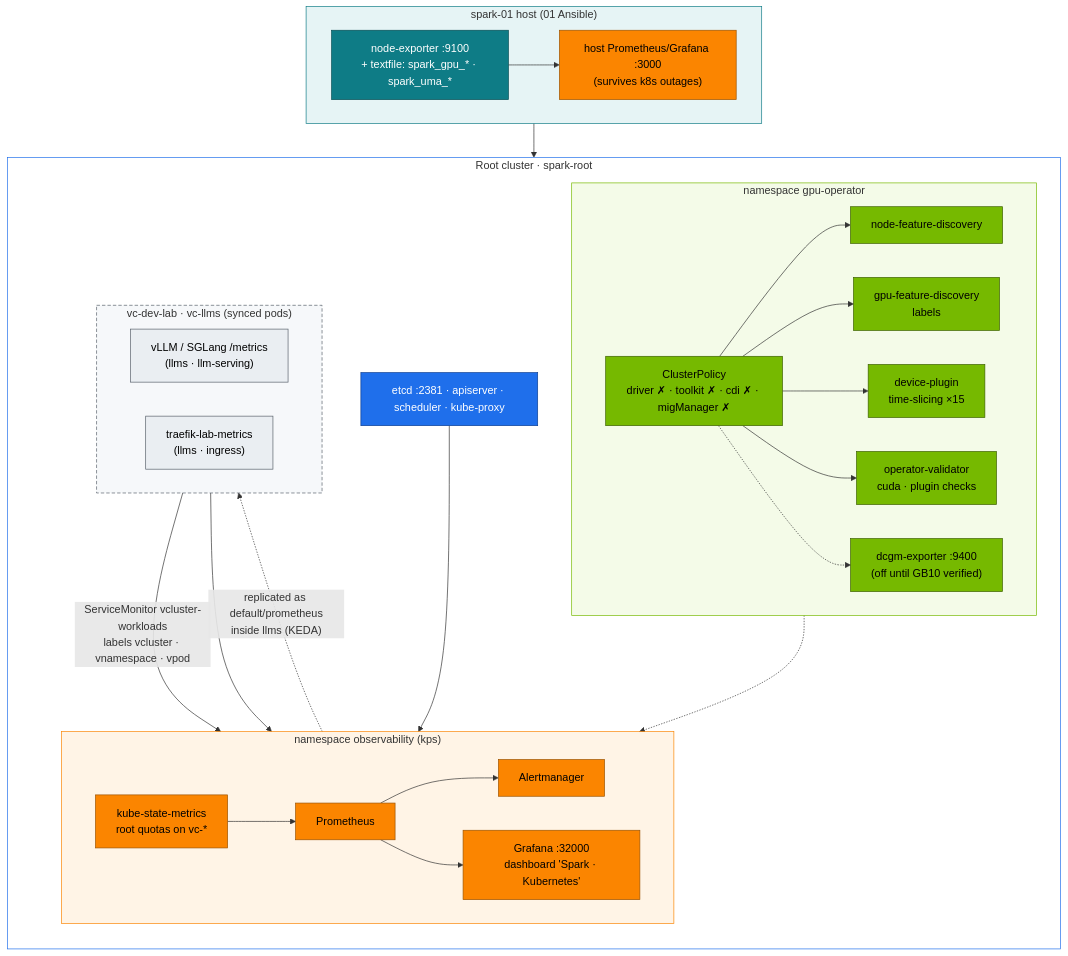
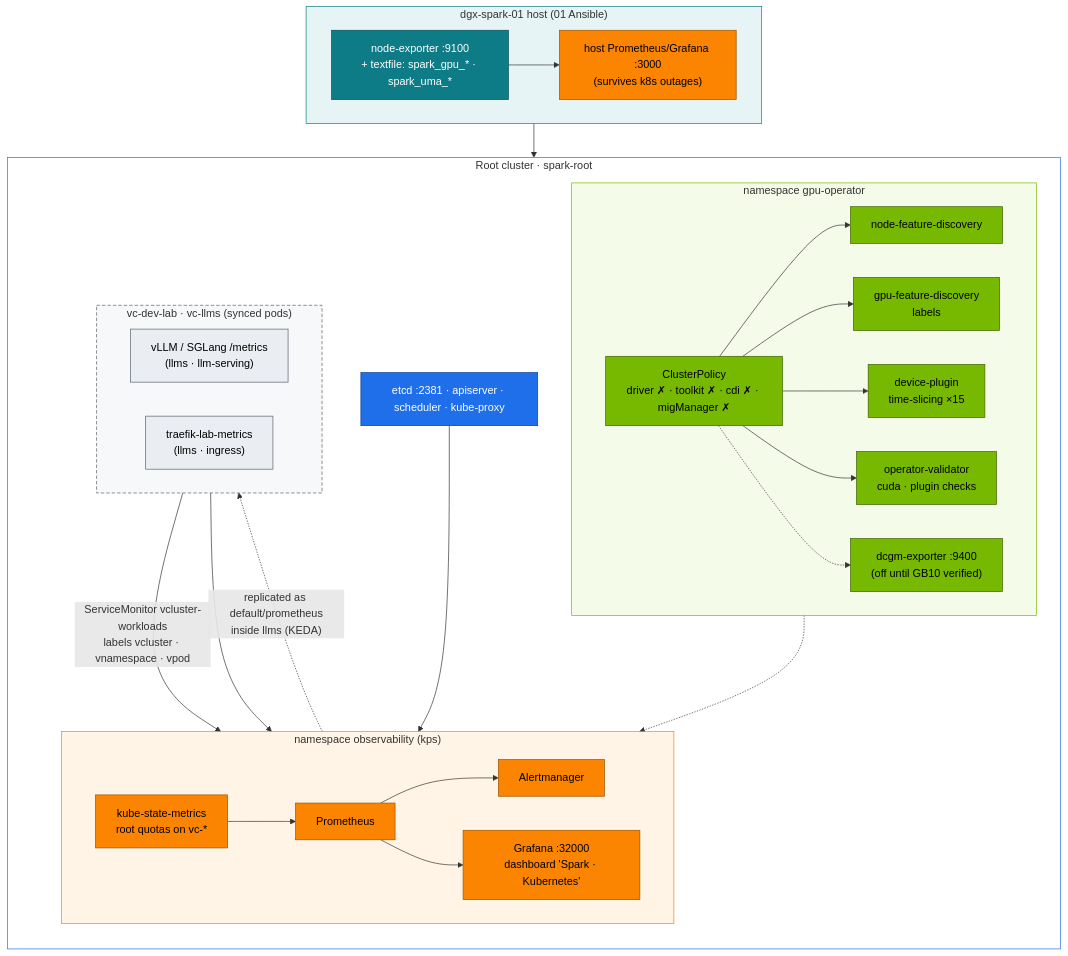
The diagram in 02 Kubernetes/16-nvidia-gpu-operator-and-network-operator.md (cloudone365/technical-depth), drawn with Mermaid before and after one commit. The commit also changed other lines of this file and 88 other files, not shown here.

First line of the commit message:
Rename the Spark hosts to dgx-spark-01 / dgx-spark-02

````diff
--- a/02 Kubernetes/16-nvidia-gpu-operator-and-network-operator.md
+++ b/02 Kubernetes/16-nvidia-gpu-operator-and-network-operator.md
@@ -32,53 +32,53 @@
 ```mermaid
 flowchart TB
   subgraph ROOT["Root cluster · spark-root"]
     direction TB
     subgraph GOP["namespace gpu-operator"]
       direction LR
       CP["ClusterPolicy<br/>driver ✗ · toolkit ✗ · cdi ✗ · migManager ✗"] --> NFD["node-feature-discovery"]
       CP --> GFD["gpu-feature-discovery<br/>labels"]
       CP --> DP["device-plugin<br/>time-slicing ×15"]
       CP --> VAL["operator-validator<br/>cuda · plugin checks"]
       CP -.-> DCGMX["dcgm-exporter :9400<br/>(off until GB10 verified)"]
     end
     subgraph OBS["namespace observability (kps)"]
       direction LR
       PR["Prometheus"] --> AM["Alertmanager"]
       PR --> GR["Grafana :32000<br/>dashboard 'Spark · Kubernetes'"]
       KSM["kube-state-metrics<br/>root quotas on vc-*"] --> PR
     end
     ETC["etcd :2381 · apiserver · scheduler · kube-proxy"]
     subgraph VCS["vc-dev-lab · vc-llms (synced pods)"]
       direction LR
       VLLM["vLLM / SGLang /metrics<br/>(llms · llm-serving)"]
       TRF["traefik-lab-metrics<br/>(llms · ingress)"]
     end
   end
-  subgraph HOST["spark-01 host (01 Ansible)"]
+  subgraph HOST["dgx-spark-01 host (01 Ansible)"]
     direction LR
     NE["node-exporter :9100<br/>+ textfile: spark_gpu_* · spark_uma_*"]
     HP["host Prometheus/Grafana :3000<br/>(survives k8s outages)"]
   end
   NE --> PR
   NE --> HP
   DCGMX -.-> PR
   VLLM -- "ServiceMonitor vcluster-workloads<br/>labels vcluster · vnamespace · vpod" --> PR
   TRF --> PR
   ETC --> PR
   PR -. "replicated as default/prometheus<br/>inside llms (KEDA)" .-> VLLM
   classDef gpu fill:#76b900,stroke:#3d6000,color:#000
   classDef obs fill:#fb8500,stroke:#9a5200,color:#000
   classDef ctrl fill:#1f6feb,stroke:#0b3d91,color:#fff
   classDef host fill:#0e7c86,stroke:#064e54,color:#fff
   classDef tenant fill:#eaeef2,stroke:#57606a,color:#000
   class CP,NFD,GFD,DP,VAL,DCGMX gpu
   class PR,AM,GR,KSM,HP obs
   class ETC ctrl
   class NE host
   class VLLM,TRF tenant
   style ROOT fill:#ffffff,stroke:#1f6feb
   style GOP fill:#f4fbe8,stroke:#76b900
   style OBS fill:#fff4e6,stroke:#fb8500
   style VCS fill:#f6f8fa,stroke:#57606a,stroke-dasharray:5 3
   style HOST fill:#e6f4f5,stroke:#0e7c86
 ```
````
